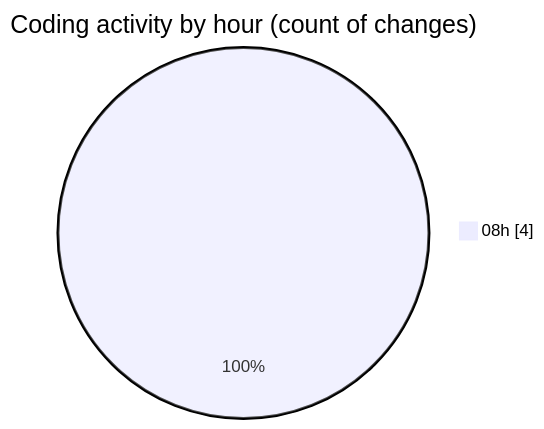
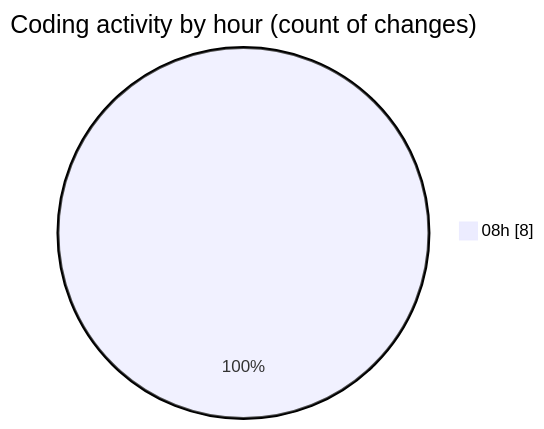
One commit to robertbonfada/code-tracking changed the second of 2 diagrams in 2025-01-28/mbc-web/README.md. Above: the diagram before and after it, drawn with Mermaid. The commit also changed other lines of this file and 1 other file, not shown here.

````diff
--- a/2025-01-28/mbc-web/README.md
+++ b/2025-01-28/mbc-web/README.md
@@ -28,5 +31,5 @@
 ```mermaid
 pie showData
 title Coding activity by hour (count of changes)
-"08h" : 4
+"08h" : 8
 ```
````
